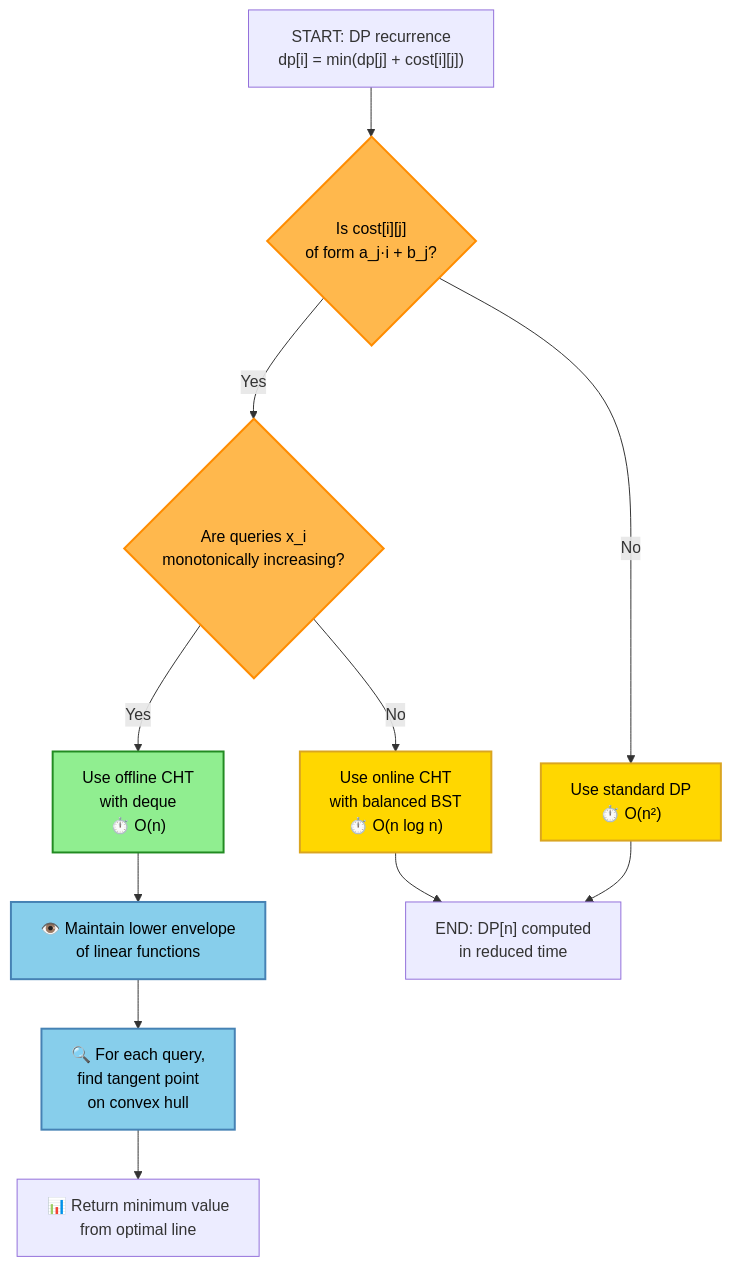
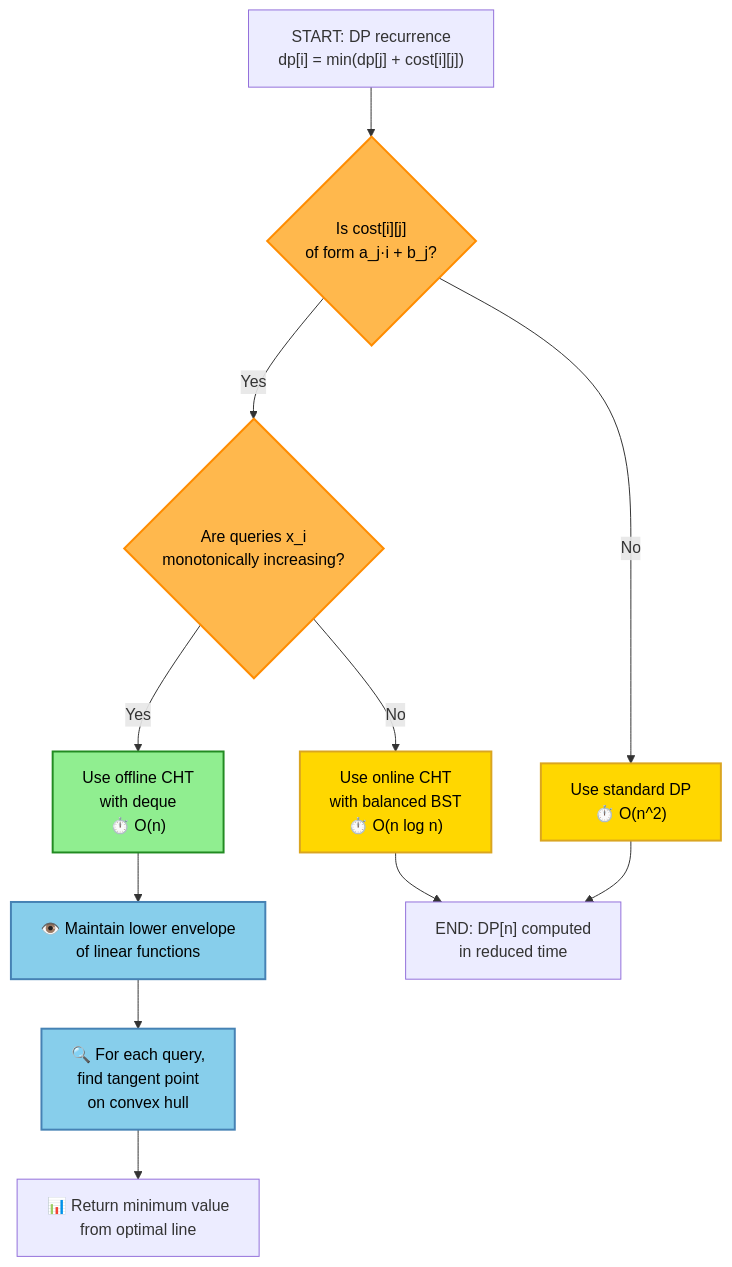
Before and after one commit to souradeepta/interviewprep: the third of 41 diagrams in docs/algorithms/advanced/advanced_algorithms.md, drawn with Mermaid. The commit also changed other lines of this file, not shown here.

Commit message:
fix: replace Unicode superscript characters with ASCII equivalents in Mermaid flowchart

````diff
--- a/docs/algorithms/advanced/advanced_algorithms.md
+++ b/docs/algorithms/advanced/advanced_algorithms.md
@@ -190,23 +190,23 @@
 ```mermaid
 flowchart TD
     A["START: DP recurrence<br/>dp[i] = min(dp[j] + cost[i][j])"] --> B{"Is cost[i][j]<br/>of form a_j·i + b_j?"}
-    B -->|No| C["Use standard DP<br/>⏱️ O(n²)"]
+    B -->|No| C["Use standard DP<br/>⏱️ O(n^2)"]
     B -->|Yes| D{"Are queries x_i<br/>monotonically increasing?"}
     D -->|No| E["Use online CHT<br/>with balanced BST<br/>⏱️ O(n log n)"]
     D -->|Yes| F["Use offline CHT<br/>with deque<br/>⏱️ O(n)"]
     F --> G["👁️ Maintain lower envelope<br/>of linear functions"]
     G --> H["🔍 For each query,<br/>find tangent point<br/>on convex hull"]
     H --> I["📊 Return minimum value<br/>from optimal line"]
     E --> J["END: DP[n] computed<br/>in reduced time"]
     C --> J
     
     classDef decision fill:#FFB84D,stroke:#FF8C00,stroke-width:2px,color:#000
     classDef action fill:#87CEEB,stroke:#4682B4,stroke-width:2px,color:#000
     classDef optimal fill:#90EE90,stroke:#228B22,stroke-width:2px,color:#000
     classDef subopt fill:#FFD700,stroke:#DAA520,stroke-width:2px,color:#000
     
     class B,D decision
     class G,H action
     class F optimal
     class C,E subopt
 ```
````
